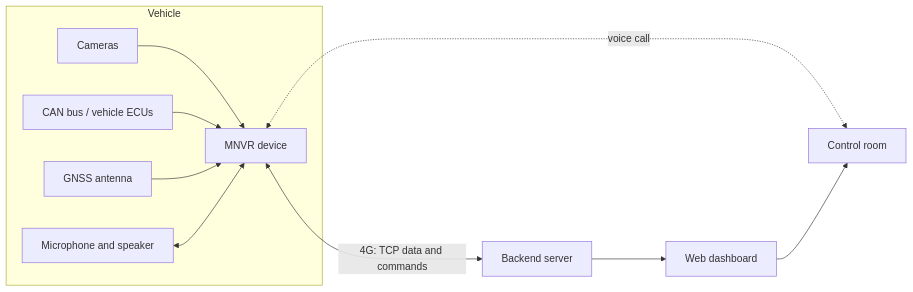
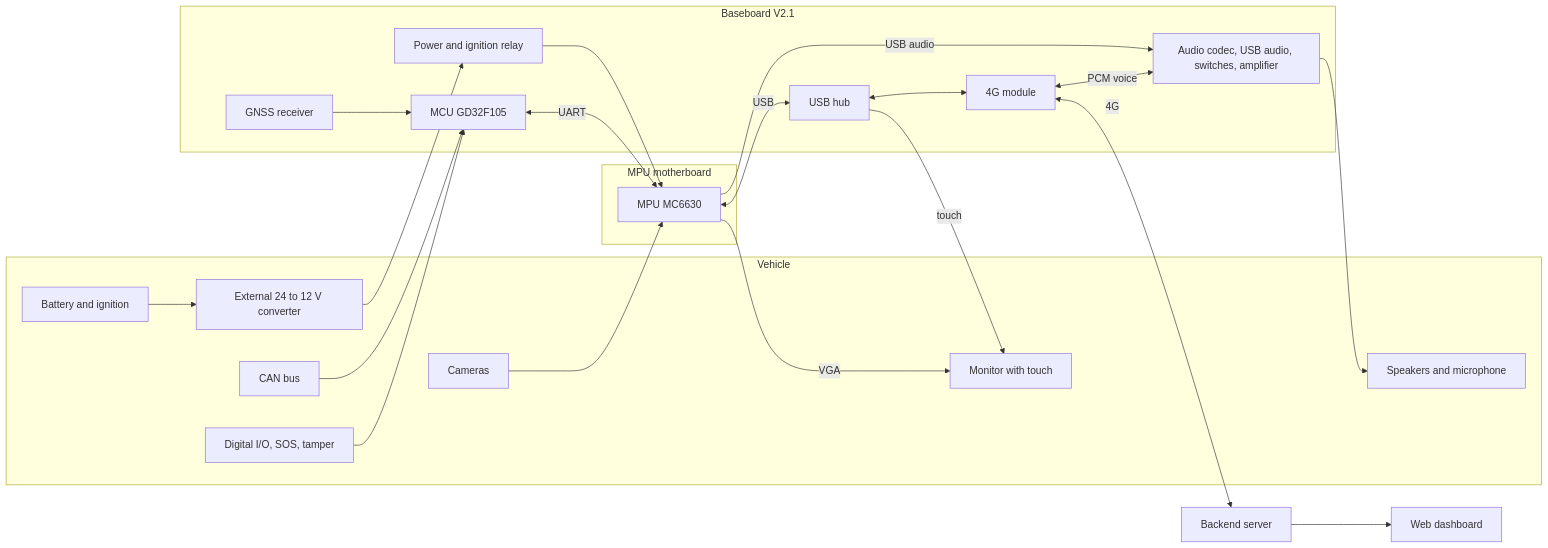
Before and after one commit to primeedgeits/prime: the diagram in docs/product/architecture.md, drawn with Mermaid. The commit also changed other lines of this file and 26 other files, not shown here.

Commit message:
Document the baseboard V2.1 schematic and two-processor architecture

````diff
--- a/docs/product/architecture.md
+++ b/docs/product/architecture.md
@@ -9,18 +9,35 @@
 ```mermaid
 flowchart LR
-  subgraph Vehicle
-    CAM[Cameras]
-    CANBUS[CAN bus / vehicle ECUs]
-    GNSS[GNSS antenna]
-    AUDIO[Microphone and speaker]
-    MNVR[MNVR device]
-    CAM --> MNVR
-    CANBUS --> MNVR
-    GNSS --> MNVR
-    AUDIO <--> MNVR
+  subgraph VEH[Vehicle]
+    BAT[Battery and ignition] --> CONV[External 24 to 12 V converter]
+    CANBUS[CAN bus]
+    CAMS[Cameras]
+    MON[Monitor with touch]
+    SPK[Speakers and microphone]
+    IO[Digital I/O, SOS, tamper]
   end
-  MNVR <-->|4G: TCP data and commands| BE[Backend server]
-  MNVR <-.->|voice call| CR[Control room]
-  BE --> UI[Web dashboard]
-  UI --> CR
+  subgraph BB[Baseboard V2.1]
+    PWR[Power and ignition relay]
+    MCU[MCU GD32F105]
+    HUB[USB hub]
+    LTE[4G module]
+    GNSS[GNSS receiver]
+    AUD[Audio codec, USB audio, switches, amplifier]
+  end
+  subgraph MB[MPU motherboard]
+    MPU[MPU MC6630]
+  end
+  CONV --> PWR --> MPU
+  CANBUS --> MCU
+  GNSS --> MCU
+  IO --> MCU
+  MCU <-->|UART| MPU
+  MPU <-->|USB| HUB
+  HUB <--> LTE
+  HUB -->|touch| MON
+  MPU -->|VGA| MON
+  CAMS --> MPU
+  MPU -->|USB audio| AUD --> SPK
+  LTE <-->|PCM voice| AUD
+  LTE <-->|4G| BE[Backend server] --> UI[Web dashboard]
 ```
````
